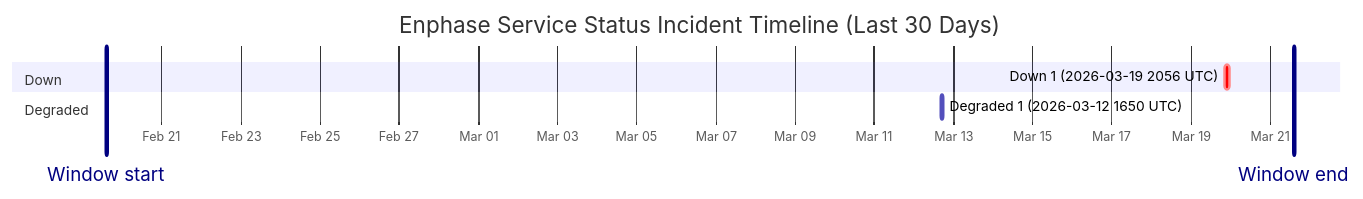
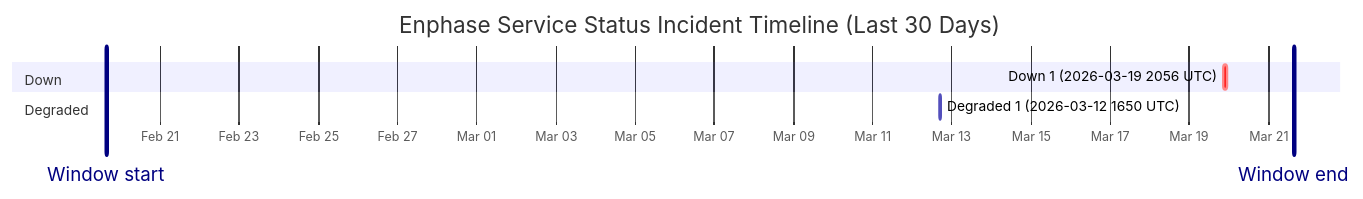
Before and after one commit to barneyonline/ha-enphase-ev-charger: the diagram in wiki/Service-Status-History.md, drawn with Mermaid. The commit also changed other lines of this file and 3 other files, not shown here.

````diff
--- a/wiki/Service-Status-History.md
+++ b/wiki/Service-Status-History.md
@@ -14,12 +14,12 @@
 ```mermaid
 gantt
     title Enphase Service Status Incident Timeline (Last 30 Days)
     dateFormat  YYYY-MM-DDTHH:mm:ss
     axisFormat  %b %d
-    Window start :vert, window-start, 2026-02-19T14:18:30, 0ms
-    Window end :vert, window-end, 2026-03-21T14:18:30, 0ms
+    Window start :vert, window-start, 2026-02-19T15:17:14, 0ms
+    Window end :vert, window-end, 2026-03-21T15:17:14, 0ms
     section Down
     Down 1 (2026-03-19 2056 UTC) :crit, down-1, 2026-03-19T20:56:20, 145m
     section Degraded
     Degraded 1 (2026-03-12 1650 UTC) :active, degraded-1, 2026-03-12T16:50:43, 60m
 ```
````
